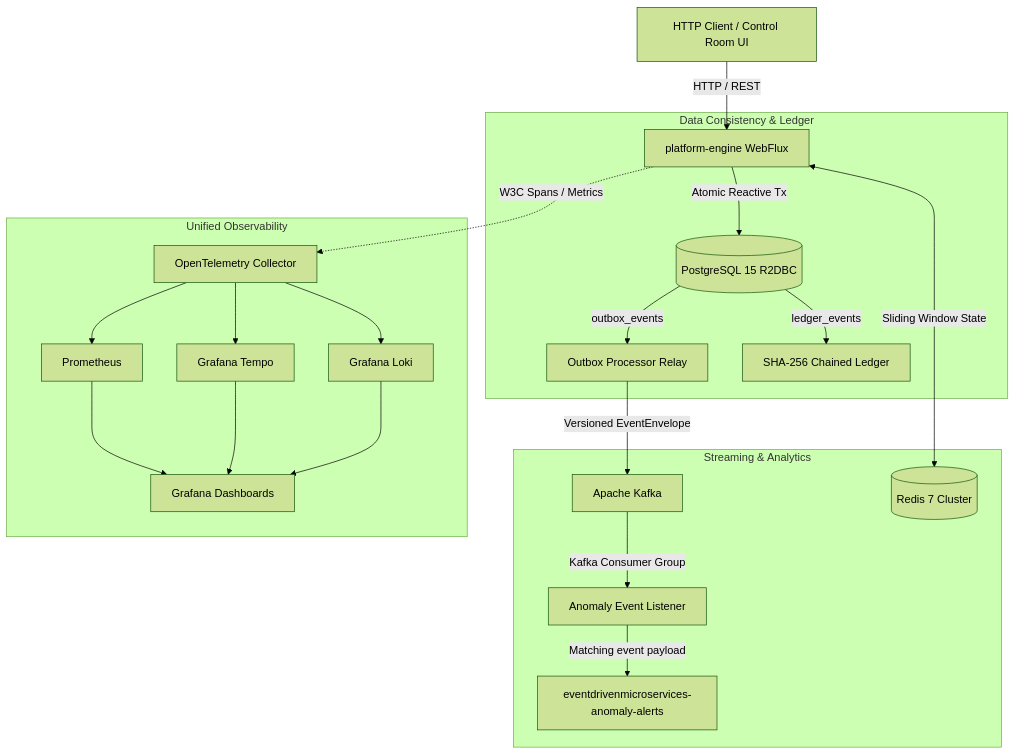
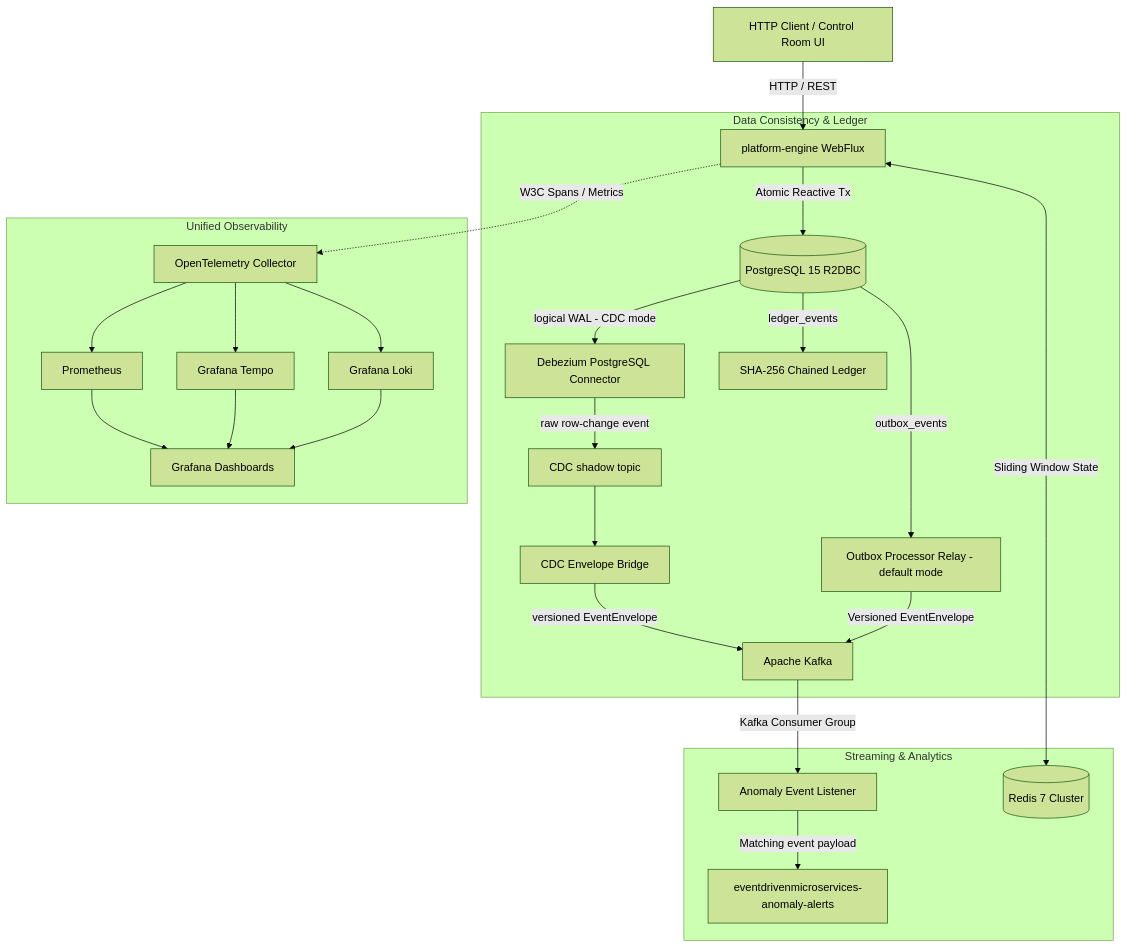
The diagram in docs/architecture.md (andreruizdev/event-driven-platform), drawn with Mermaid (forest theme) before and after one commit. The commit also changed other lines of this file and 21 other files, not shown here.

Commit message:
Add CDC publisher bridge and durable anomaly alerts

````diff
--- a/docs/architecture.md
+++ b/docs/architecture.md
@@ -15,27 +15,31 @@
 ```mermaid
 flowchart TD
     Client[HTTP Client / Control Room UI] -->|HTTP / REST| API[platform-engine WebFlux]
     
     subgraph Data Consistency & Ledger
         API -->|Atomic Reactive Tx| PG[(PostgreSQL 15 R2DBC)]
-        PG -->|outbox_events| RELAY[Outbox Processor Relay]
+        PG -->|outbox_events| RELAY[Outbox Processor Relay - default mode]
+        PG -->|logical WAL - CDC mode| DEBEZIUM[Debezium PostgreSQL Connector]
+        DEBEZIUM -->|raw row-change event| CDC[CDC shadow topic]
+        CDC --> BRIDGE[CDC Envelope Bridge]
+        BRIDGE -->|versioned EventEnvelope| KAFKA
         PG -->|ledger_events| LEDGER[SHA-256 Chained Ledger]
     end
 
     subgraph Streaming & Analytics
         RELAY -->|Versioned EventEnvelope| KAFKA[Apache Kafka]
         KAFKA -->|Kafka Consumer Group| LISTENER[Anomaly Event Listener]
         LISTENER -->|Matching event payload| ALERT[eventdrivenmicroservices-anomaly-alerts]
         API <-->|Sliding Window State| REDIS[(Redis 7 Cluster)]
     end
 
     subgraph Unified Observability
         API -. W3C Spans / Metrics .-> OTEL[OpenTelemetry Collector]
         OTEL --> PROM[Prometheus]
         OTEL --> TEMPO[Grafana Tempo]
         OTEL --> LOKI[Grafana Loki]
         PROM --> GRAFANA[Grafana Dashboards]
         TEMPO --> GRAFANA
         LOKI --> GRAFANA
     end
 ```
````
